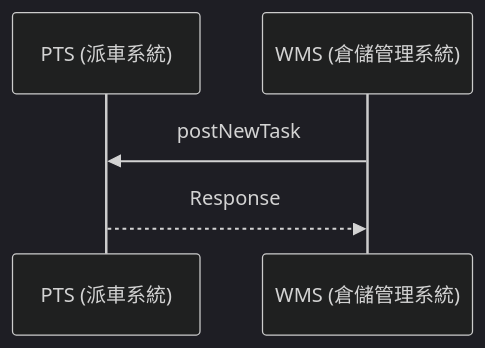
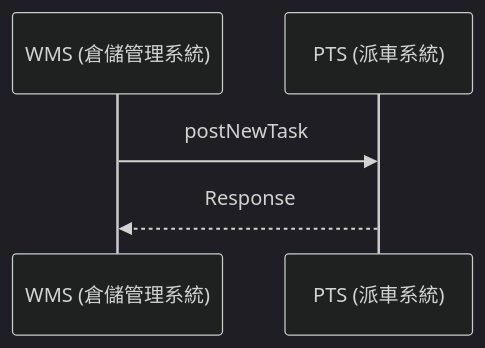
Before and after one commit to athena-tircgo/amr-wms-lsj: the second of 9 diagrams in README.md, drawn with Mermaid (dark theme).

````diff
--- a/README.md
+++ b/README.md
@@ -125,9 +125,9 @@
 ```mermaid
 sequenceDiagram
+　　　participant WMS as WMS (倉儲管理系統)
     participant PTS as PTS (派車系統)
-    participant WMS as WMS (倉儲管理系統)
-
+    
         WMS->>PTS: postNewTask
         PTS-->>WMS: Response 
 
 ```
````
